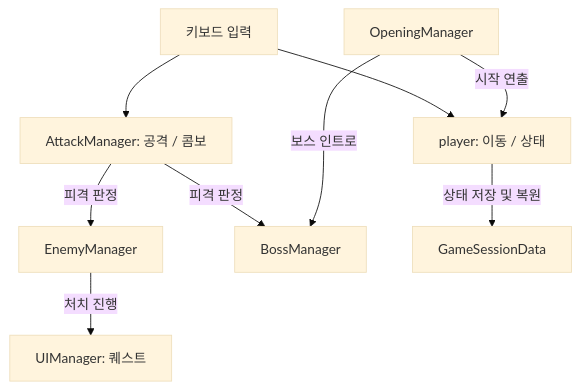
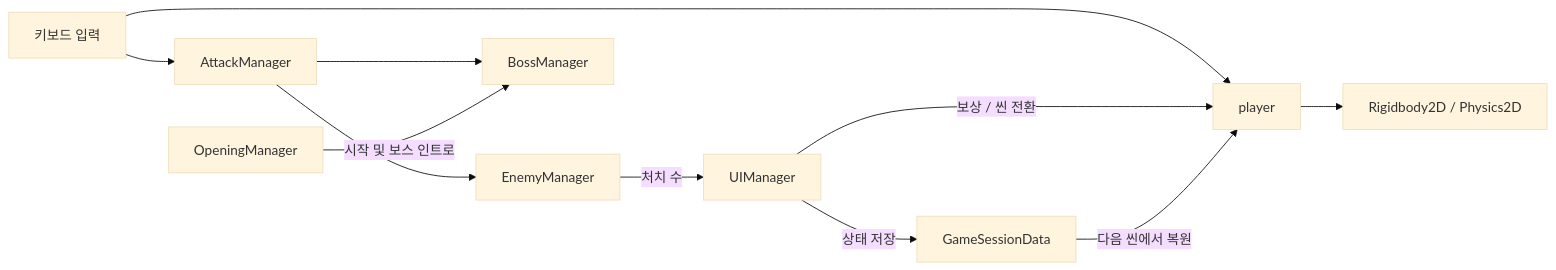
Before and after one commit to Pinecone0220/2DRougelike: the diagram in README.md, drawn with Mermaid (base theme). The commit also changed other lines of this file, not shown here.

````diff
--- a/README.md
+++ b/README.md
@@ -43,11 +47,13 @@
 ```mermaid
-flowchart TD
-    Input[키보드 입력] --> Player[player: 이동 / 상태]
-    Input --> Attack[AttackManager: 공격 / 콤보]
-    Attack -->|피격 판정| Enemy[EnemyManager]
-    Attack -->|피격 판정| Boss[BossManager]
-    Enemy -->|처치 진행| UI[UIManager: 퀘스트]
-    Player -->|상태 저장 및 복원| Session[GameSessionData]
-    Opening[OpeningManager] -->|시작 연출| Player
-    Opening -->|보스 인트로| Boss
+flowchart LR
+    Input[키보드 입력] --> Player[player]
+    Input --> Attack[AttackManager]
+    Player --> Physics[Rigidbody2D / Physics2D]
+    Attack --> Enemy[EnemyManager]
+    Attack --> Boss[BossManager]
+    Enemy -->|처치 수| UI[UIManager]
+    UI -->|보상 / 씬 전환| Player
+    UI -->|상태 저장| Session[GameSessionData]
+    Session -->|다음 씬에서 복원| Player
+    Opening[OpeningManager] -->|시작 및 보스 인트로| Boss
 ```
````
